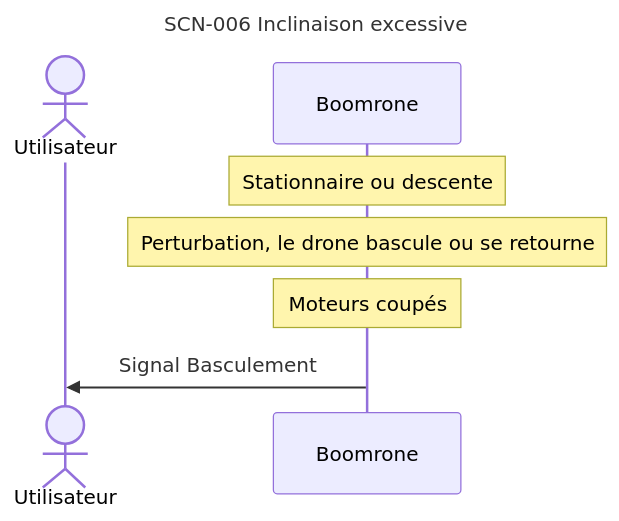
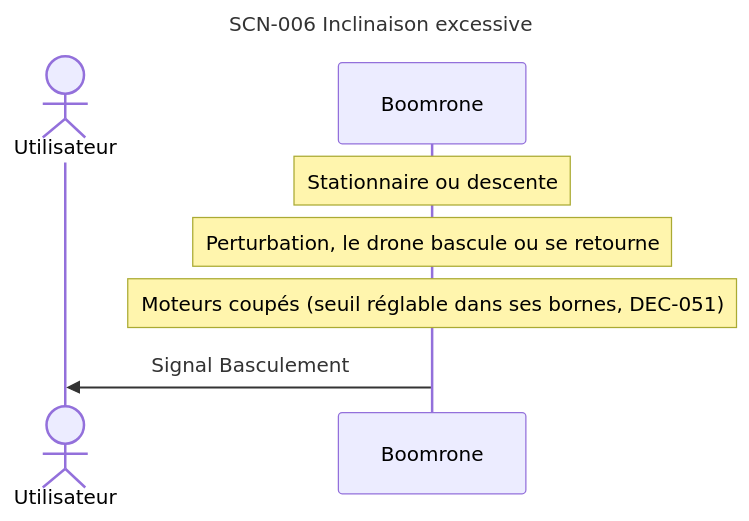
Before and after one commit to thourymatthieu-png/coworker_archi_system: the eighth of 13 diagrams in projets/boomrone/00-scenarios.md, drawn with Mermaid. The commit also changed other lines of this file and 1 other file, not shown here.

First line of the commit message:
Boomrone : alignement des diagrammes de scénarios sur DEC-049 à DEC-051

````diff
--- a/projets/boomrone/00-scenarios.md
+++ b/projets/boomrone/00-scenarios.md
@@ -298,12 +299,12 @@
 ```mermaid
 ---
 title: "SCN-006 Inclinaison excessive"
 ---
 sequenceDiagram
     actor U as Utilisateur
     participant D as Boomrone
     Note over D: Stationnaire ou descente
     Note over D: Perturbation, le drone bascule ou se retourne
-    Note over D: Moteurs coupés
+    Note over D: Moteurs coupés (seuil réglable dans ses bornes, DEC-051)
     D->>U: Signal Basculement
 ```
````
